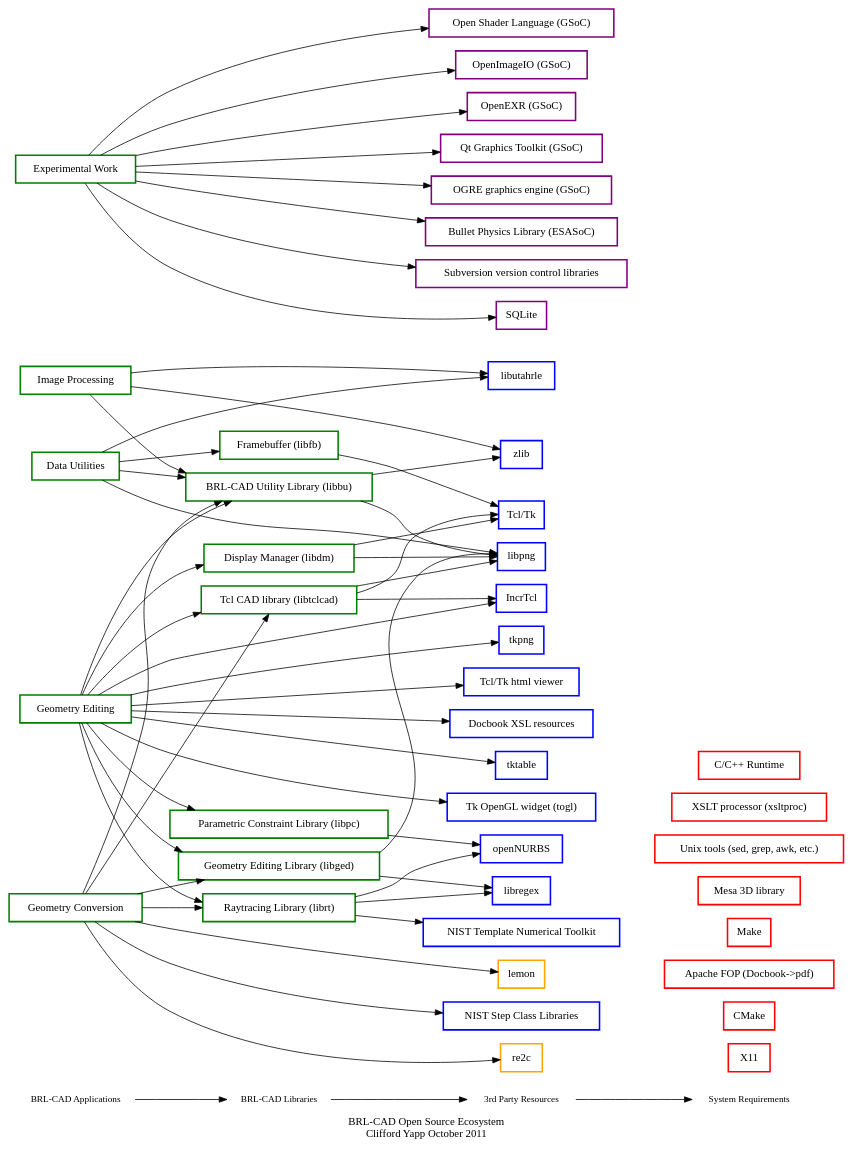
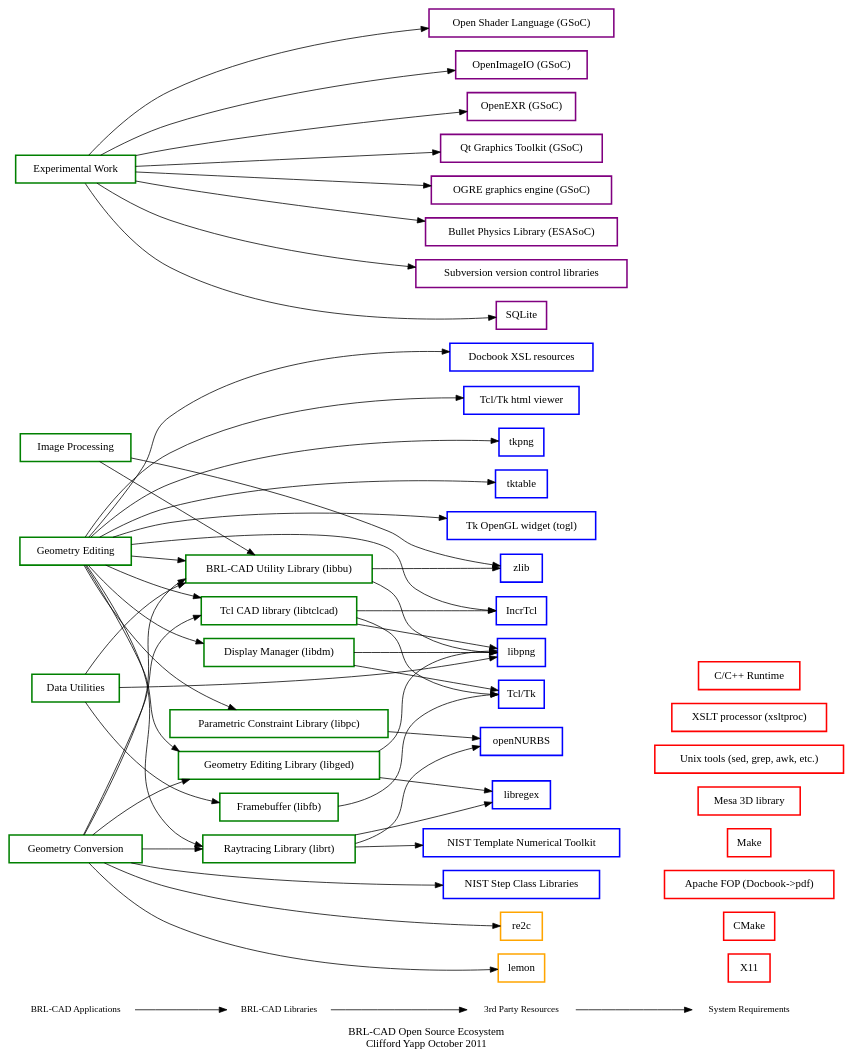
The diagram in doc/notes/ecosystem.dot (BRL-CAD/brlcad), drawn with Graphviz before and after one commit. The commit also changed 12 other files, not shown here.

```diff
--- a/doc/notes/ecosystem.dot
+++ b/doc/notes/ecosystem.dot
@@ -1,189 +1,186 @@
 /*                   E C O S Y S T E M . D O T
  * BRL-CAD
  *
  * Copyright (c) 2011-2025 United States Government as represented by
  * the U.S. Army Research Laboratory.
  *
  * Redistribution and use in source (Graphviz format) and 'compiled'
  * forms (PDF, PostScript, HTML, RTF, etc.), with or without
  * modification, are permitted provided that the following conditions
  * are met:
  *
  * 1. Redistributions of source code (Docbook format) must retain the
  * above copyright notice, this list of conditions and the following
  * disclaimer.
  *
  * 2. Redistributions in compiled form (transformed to other DTDs,
  * converted to PDF, PostScript, HTML, RTF, and other formats) must
  * reproduce the above copyright notice, this list of conditions and
  * the following disclaimer in the documentation and/or other
  * materials provided with the distribution.
  *
  * 3. The name of the author may not be used to endorse or promote
  * products derived from this documentation without specific prior
  * written permission.
  *
  * THIS DOCUMENTATION IS PROVIDED BY THE AUTHOR AS IS'' AND ANY
  * EXPRESS OR IMPLIED WARRANTIES, INCLUDING, BUT NOT LIMITED TO, THE
  * IMPLIED WARRANTIES OF MERCHANTABILITY AND FITNESS FOR A PARTICULAR
  * PURPOSE ARE DISCLAIMED. IN NO EVENT SHALL THE AUTHOR BE LIABLE FOR
  * ANY DIRECT, INDIRECT, INCIDENTAL, SPECIAL, EXEMPLARY, OR
  * CONSEQUENTIAL DAMAGES (INCLUDING, BUT NOT LIMITED TO, PROCUREMENT
  * OF SUBSTITUTE GOODS OR SERVICES; LOSS OF USE, DATA, OR PROFITS; OR
  * BUSINESS INTERRUPTION) HOWEVER CAUSED AND ON ANY THEORY OF
  * LIABILITY, WHETHER IN CONTRACT, STRICT LIABILITY, OR TORT
  * (INCLUDING NEGLIGENCE OR OTHERWISE) ARISING IN ANY WAY OUT OF THE
  * USE OF THIS DOCUMENTATION, EVEN IF ADVISED OF THE POSSIBILITY OF
  * SUCH DAMAGE.
  */
 
 digraph BRLCADDeps{
 	//overlap=scale
 	rankdir=LR;
 	label="BRL-CAD Open Source Ecosystem\nClifford Yapp October 2011";
 
 	{
 	     node [shape=plaintext, fontsize=12];
 	     "BRL-CAD Applications" -> "BRL-CAD Libraries" -> "3rd Party Resources" -> "System Requirements";
 	};
 
 
 	// Libraries
 
 	tcltk [color = "blue", style = bold, shape = box, label = "Tcl/Tk"];
 	tkhtml [color = "blue", style = bold, shape = box, label = "Tcl/Tk html viewer"];
 	tkpng [color = "blue", style = bold, shape = box, label = "tkpng"];
 	tktable [color = "blue", style = bold, shape = box, label = "tktable"];
 	togl [color = "blue", style = bold, shape = box, label = "Tk OpenGL widget (togl)"];
 	incrTcl [color = "blue", style = bold, shape = box, label = "IncrTcl"];
 
 
 	libpng [color = "blue", style = bold, shape = box, label = "libpng"];
 	libregex [color = "blue", style = bold, shape = box, label = "libregex"];
-	libutahrle [color = "blue", style = bold, shape = box, label = "libutahrle"];
 	opennurbs [color = "blue", style = bold, shape = box, label = "openNURBS"];
 	scl [color = "blue", style = bold, shape = box, label = "NIST Step Class Libraries"];
 	tnt [color = "blue", style = bold, shape = box, label = "NIST Template Numerical Toolkit"];
 	xsl [color = "blue", style = bold, shape = box, label = "Docbook XSL resources"];
 	zlib [color = "blue", style = bold, shape = box, label = "zlib"];
 
 	// Tools
 	//re2clemon [color = "orange", style = bold, shape = box, label = "re2c + lemon"];
 	re2c [color = "orange", style = bold, shape = box, label = "re2c"];
 	lemon [color = "orange", style = bold, shape = box, label = "lemon"];
-	//{ rank = same; "3rd Party Resources"; tcltk; tkhtml; tkpng; tktable; togl; incrTcl; libpng; libregex; libutahrle; opennurbs; scl; tnt; xsl; zlib; re2clemon; }
-	{ rank = same; "3rd Party Resources"; tcltk; tkhtml; tkpng; tktable; togl; incrTcl; libpng; libregex; libutahrle; opennurbs; scl; tnt; xsl; zlib; re2c; lemon; }
+	//{ rank = same; "3rd Party Resources"; tcltk; tkhtml; tkpng; tktable; togl; incrTcl; libpng; libregex; opennurbs; scl; tnt; xsl; zlib; re2clemon; }
+	{ rank = same; "3rd Party Resources"; tcltk; tkhtml; tkpng; tktable; togl; incrTcl; libpng; libregex; opennurbs; scl; tnt; xsl; zlib; re2c; lemon; }
 	// GSoC
 	osl [color = "purple", style = bold, shape = box, label = "Open Shader Language (GSoC)"];
 	oiio [color = "purple", style = bold, shape = box, label = "OpenImageIO (GSoC)"];
 	openexr [color = "purple", style = bold, shape = box, label = "OpenEXR (GSoC)"];
 	qt [color = "purple", style = bold, shape = box, label = "Qt Graphics Toolkit (GSoC)"];
 	ogre3d [color = "purple", style = bold, shape = box, label = "OGRE graphics engine (GSoC)"];
 	bullet [color = "purple", style = bold, shape = box, label = "Bullet Physics Library (ESASoC)"];
 
 	{ rank = same; "3rd Party Resources"; bullet; osl; oiio; openexr; qt; ogre3d; }
 
 	// GeomCore only
 	subversion [color = "purple", style = bold, shape = box, label = "Subversion version control libraries"];
 	//apr [color = "purple", style = bold, shape = box, label = "Apache Portable Runtime"];
 	//uuid [color = "purple", style = bold, shape = box, label = "Universally Unique Identifiers (OSSP uuid)"];
 	sqlite [color = "purple", style = bold, shape = box, label = "SQLite"];
 
 	{ rank = same; "3rd Party Resources"; subversion; sqlite; }
 
 	// System (not bundled)
 	X11 [color = "red", style = bold, shape = box, label = "X11"];
 	cmake [color = "red", style = bold, shape = box, label = "CMake"];
 	fop [color = "red", style = bold, shape = box, label = "Apache FOP (Docbook->pdf)"];
 	make [color = "red", style = bold, shape = box, label = "Make"];
 	mesa [color = "red", style = bold, shape = box, label = "Mesa 3D library"];
 	unixtools [color = "red", style = bold, shape = box, label = "Unix tools (sed, grep, awk, etc.)"];
 	xsltproc [color = "red", style = bold, shape = box, label = "XSLT processor (xsltproc)"];
 	crun [color = "red", style = bold, shape = box, label = "C/C++ Runtime"];
 
 	{ rank = same; "System Requirements"; X11; cmake; crun; fop; make; mesa; unixtools; xsltproc; }
 
 	// BRL-CAD components
 	libbu [color = "green", style = bold, shape = box, label = "BRL-CAD Utility Library (libbu)"];
 	libpc [color = "green", style = bold, shape = box, label = "Parametric Constraint Library (libpc)"];
 	librt [color = "green", style = bold, shape = box, label = "Raytracing Library (librt)"];
 	libdm [color = "green", style = bold, shape = box, label = "Display Manager (libdm)"];
 	libfb [color = "green", style = bold, shape = box, label = "Framebuffer (libfb)"];
 	libged [color = "green", style = bold, shape = box, label = "Geometry Editing Library (libged)"];
 	libtclcad [color = "green", style = bold, shape = box, label = "Tcl CAD library (libtclcad)"];
 
 	{ rank = same; "BRL-CAD Libraries"; libbu; libpc; librt; libdm; libged; libtclcad; }
 
 	// BRL-CAD Application Categories
 	geomedit [color = "green", style = bold, shape = box, label = "Geometry Editing"];
 	geomconv [color = "green", style = bold, shape = box, label = "Geometry Conversion"];
 	datautil [color = "green", style = bold, shape = box, label = "Data Utilities"];
 	imageproc [color = "green", style = bold, shape = box, label = "Image Processing"];
 	experimental [color = "green", style = bold, shape = box, label = "Experimental Work"];
 
 	{ rank = same; "BRL-CAD Applications"; geomedit; geomconv; datautil; imageproc; experimental; }
 
 
 	/* Relationships */
 
 	libbu -> libpng;
 	libbu -> zlib;
 
 	libpc -> opennurbs;
 
 	librt -> libregex;
 	librt -> tnt;
 	librt -> opennurbs;
 
 	libdm -> tcltk;
 	libdm -> libpng;
 
 	libfb -> tcltk;
 
 	libged -> libregex;
 	libged -> libpng;
 
 	libtclcad -> tcltk;
 	libtclcad -> incrTcl;
 	libtclcad -> libpng;
 
 	experimental -> osl;
 	experimental -> oiio;
 	experimental -> openexr;
 	experimental -> qt;
 	experimental -> ogre3d;
 	experimental -> sqlite;
 	experimental -> subversion;
 	experimental -> bullet;
 
 	geomedit -> libbu;
 	geomedit -> libpc;
 	geomedit -> librt;
 	geomedit -> libdm;
 	geomedit -> libged;
 	geomedit -> libtclcad;
 	geomedit -> tkhtml;
 	geomedit -> tkpng;
 	geomedit -> tktable;
 	geomedit -> togl;
 	geomedit -> incrTcl;
 	geomedit -> xsl;
 	geomconv -> libbu;
 	geomconv -> librt;
 	geomconv -> libtclcad;
 	geomconv -> libged;
 	geomconv -> scl;
 	geomconv -> lemon;
 	geomconv -> re2c;
 
 	datautil -> libbu;
 	datautil -> libfb;
 	datautil -> libpng;
-	datautil -> libutahrle;
 
 	imageproc -> libbu;
-	imageproc -> libutahrle;
 	imageproc -> zlib;
 
 
 }
```
